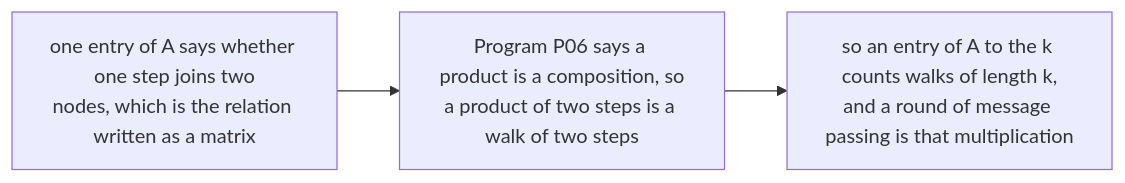
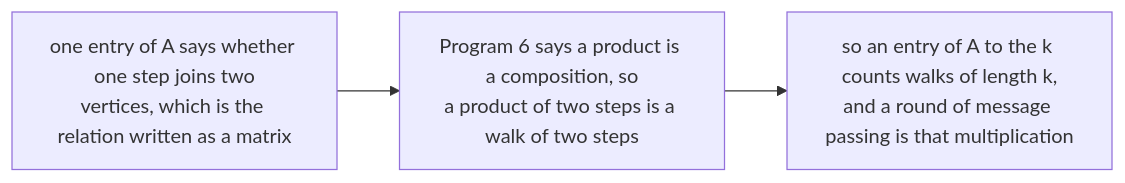
The diagram in figures/mermaid/en/p13-walks-are-powers.mmd (konradcinkusz/math-for-ai-engineers), drawn with Mermaid before and after one commit. The commit also changed 15 other files, not shown here.

```diff
--- a/figures/mermaid/en/p13-walks-are-powers.mmd
+++ b/figures/mermaid/en/p13-walks-are-powers.mmd
@@ -1,4 +1,4 @@
 flowchart LR
-  A["one entry of A says whether one step joins two<br/>nodes, which is the relation written as a matrix"]
-  A --> B["Program P06 says a product is a composition, so<br/>a product of two steps is a walk of two steps"]
+  A["one entry of A says whether one step joins two<br/>vertices, which is the relation written as a matrix"]
+  A --> B["Program 6 says a product is a composition, so<br/>a product of two steps is a walk of two steps"]
   B --> C["so an entry of A to the k counts walks of length k,<br/>and a round of message passing is that multiplication"]
```
